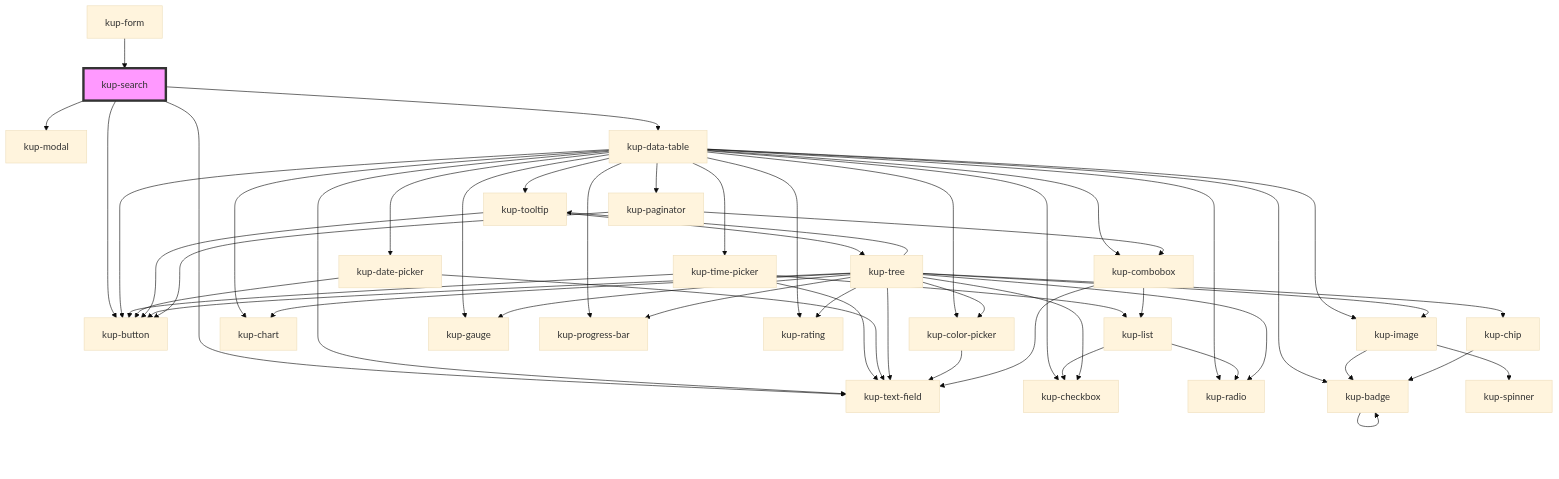
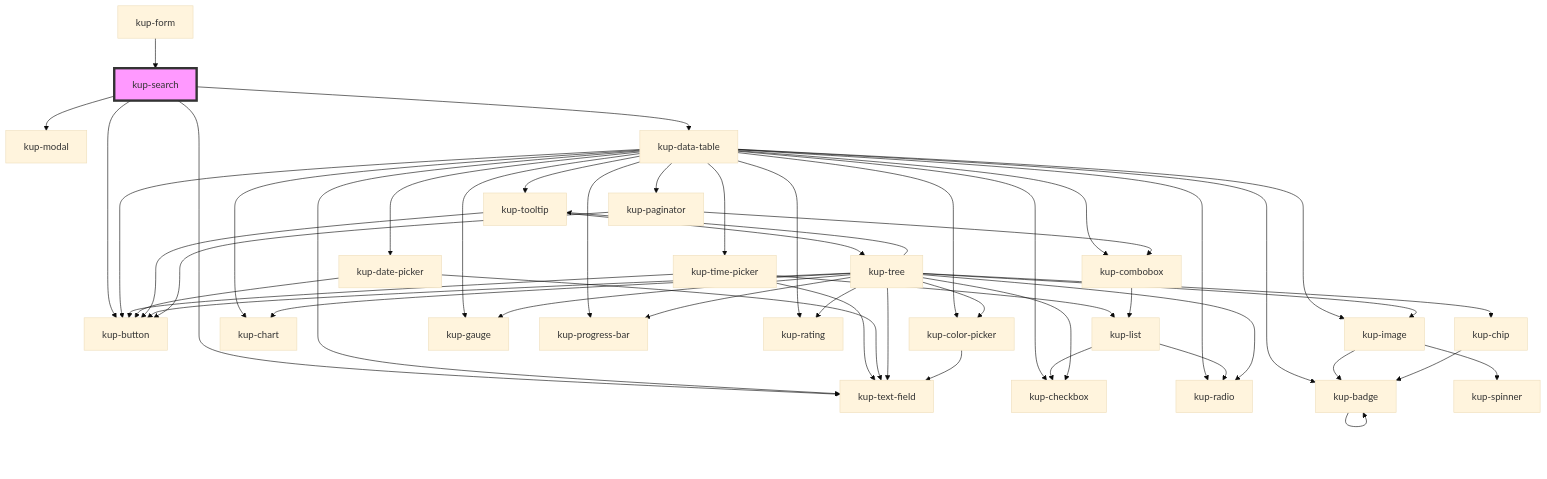
The diagram in packages/ketchup/src/components/kup-search/readme.md (smeup/ketchup), drawn with Mermaid (base theme) before and after one commit. The commit also changed 12 other files, not shown here.

Commit message:
f-text-field in combobox.

````diff
--- a/packages/ketchup/src/components/kup-search/readme.md
+++ b/packages/ketchup/src/components/kup-search/readme.md
@@ -43,55 +43,54 @@
 ```mermaid
 graph TD;
   kup-search --> kup-text-field
   kup-search --> kup-button
   kup-search --> kup-modal
   kup-search --> kup-data-table
   kup-data-table --> kup-text-field
   kup-data-table --> kup-time-picker
   kup-data-table --> kup-date-picker
   kup-data-table --> kup-checkbox
   kup-data-table --> kup-button
   kup-data-table --> kup-tooltip
   kup-data-table --> kup-image
   kup-data-table --> kup-chart
   kup-data-table --> kup-color-picker
   kup-data-table --> kup-gauge
   kup-data-table --> kup-progress-bar
   kup-data-table --> kup-rating
   kup-data-table --> kup-radio
   kup-data-table --> kup-paginator
   kup-data-table --> kup-combobox
   kup-data-table --> kup-badge
   kup-time-picker --> kup-text-field
   kup-time-picker --> kup-button
   kup-time-picker --> kup-list
   kup-list --> kup-radio
   kup-list --> kup-checkbox
   kup-date-picker --> kup-text-field
   kup-date-picker --> kup-button
   kup-tooltip --> kup-button
   kup-tooltip --> kup-tree
   kup-tree --> kup-image
   kup-tree --> kup-button
   kup-tree --> kup-chart
   kup-tree --> kup-checkbox
   kup-tree --> kup-chip
   kup-tree --> kup-color-picker
   kup-tree --> kup-gauge
   kup-tree --> kup-progress-bar
   kup-tree --> kup-rating
   kup-tree --> kup-radio
   kup-tree --> kup-tooltip
   kup-tree --> kup-text-field
   kup-image --> kup-spinner
   kup-image --> kup-badge
   kup-badge --> kup-badge
   kup-chip --> kup-badge
   kup-color-picker --> kup-text-field
   kup-paginator --> kup-button
   kup-paginator --> kup-combobox
-  kup-combobox --> kup-text-field
   kup-combobox --> kup-list
   kup-form --> kup-search
   style kup-search fill:#f9f,stroke:#333,stroke-width:4px
 ```
````
